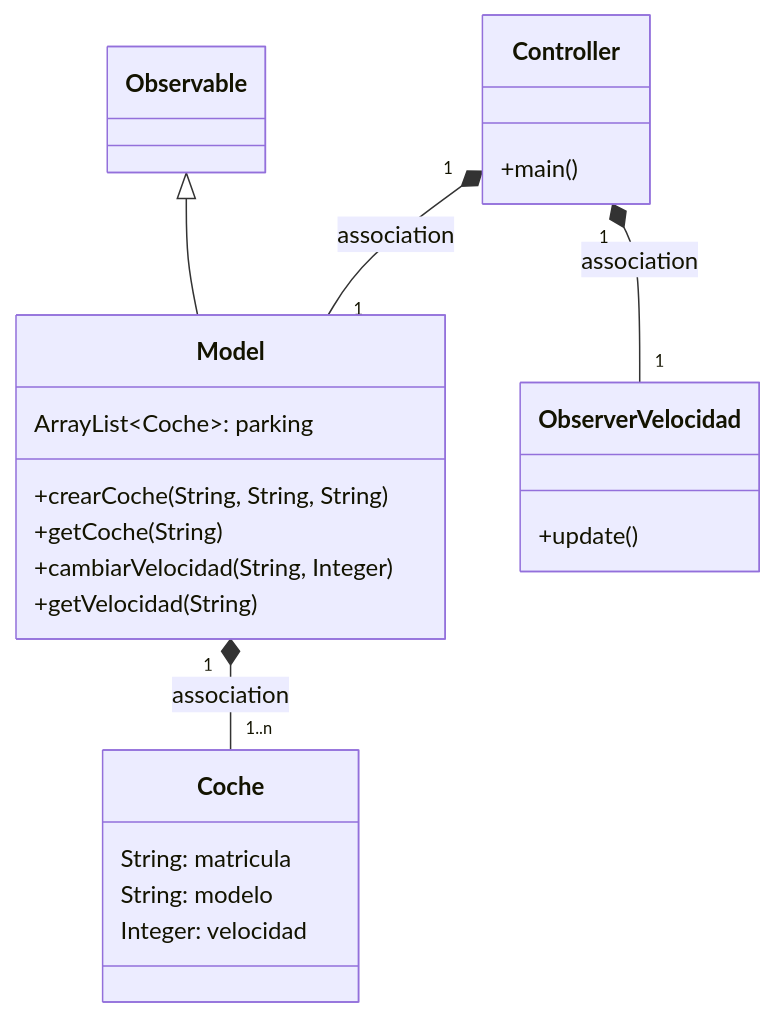
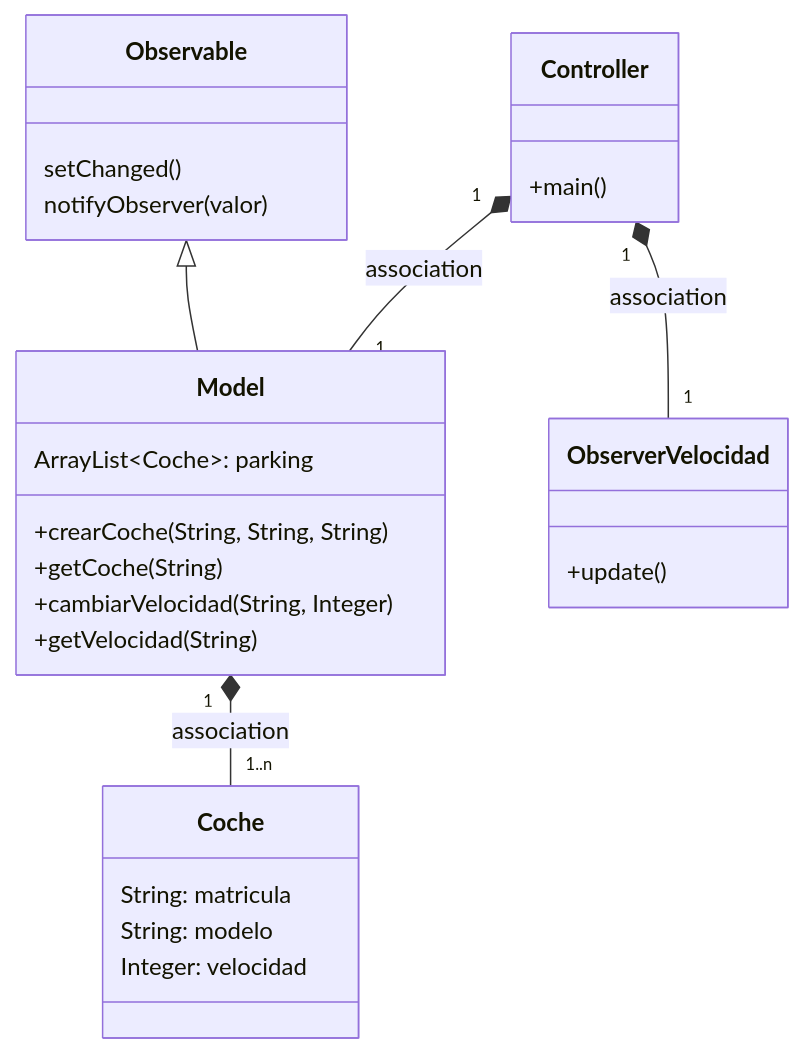
Before and after one commit to samueldam1/MVC_coches: the first of 4 diagrams in Readme.md, drawn with Mermaid. The commit also changed other lines of this file, not shown here.

````diff
--- a/Readme.md
+++ b/Readme.md
@@ -18,28 +18,30 @@
 ```mermaid
 classDiagram
     class Observable {
-        }
+        setChanged()
+        notifyObserver(valor)
+    }
         class Coche {
         String: matricula
         String: modelo
         Integer: velocidad
     }
       class Controller{
           +main()
       }
       class Model {
           ArrayList~Coche~: parking
           +crearCoche(String, String, String)
           +getCoche(String)
           +cambiarVelocidad(String, Integer)
           +getVelocidad(String)
       }
       class ObserverVelocidad {
           +update()
           }
           Controller "1" *-- "1" ObserverVelocidad: association
           Controller "1" *-- "1" Model : association
     Model "1" *-- "1..n" Coche : association
     Observable <|-- Model
       
 ```
````
